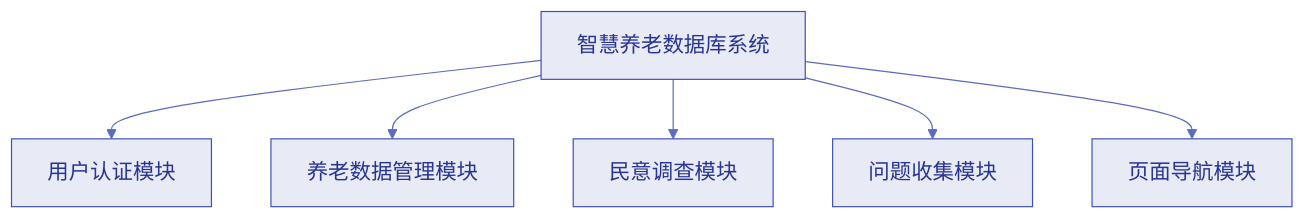
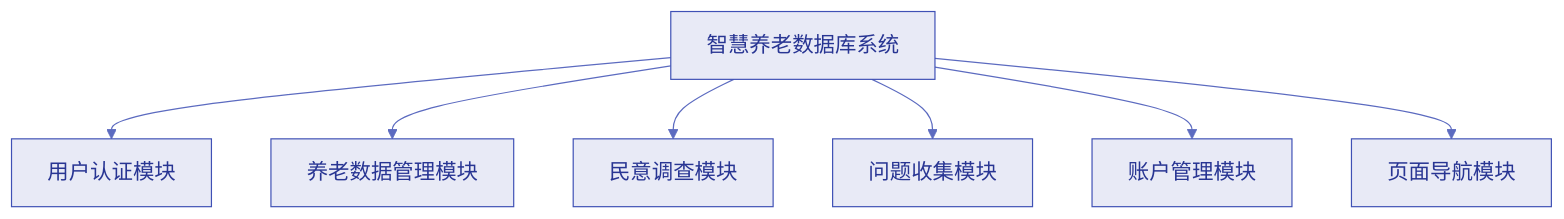
Before and after one commit to v5general/Pension_System: diagram 21 of 26 in 需求规格说明书.md, drawn with Mermaid. The commit also changed other lines of this file and 18 other files, not shown here.

````diff
--- a/需求规格说明书.md
+++ b/需求规格说明书.md
@@ -1146,9 +1152,10 @@
 ```mermaid
 %%{init: {'theme':'base', 'themeVariables': {'primaryColor':'#e8eaf6','primaryTextColor':'#283593','primaryBorderColor':'#3f51b5','lineColor':'#5c6bc0','fontSize':'18px','fontFamily':'Microsoft YaHei'}}}%%
 graph TB
     System[智慧养老数据库系统] --> Auth[用户认证模块]
     System --> DataManage[养老数据管理模块]
     System --> Survey[民意调查模块]
     System --> Issue[问题收集模块]
+    System --> Account[账户管理模块]
     System --> Nav[页面导航模块]
 ```
````
